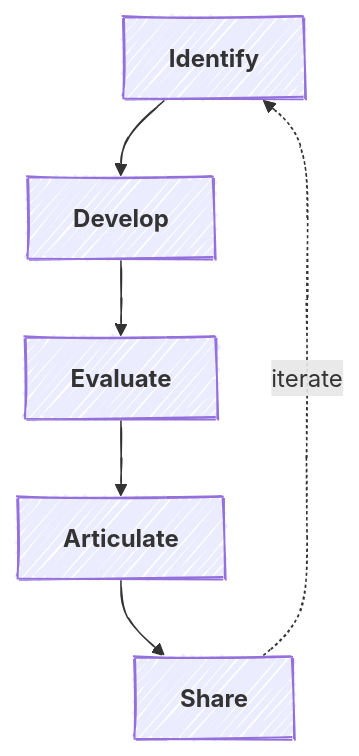
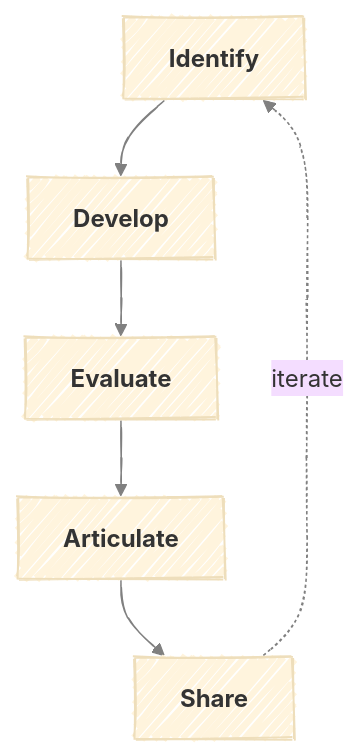
Before and after one commit to athrael-soju/framework-generator: the diagram in README.md, drawn with Mermaid.

Commit message:
Enhance README.md flowchart appearance: add hand-drawn look and theme customization

````diff
--- a/README.md
+++ b/README.md
@@ -4,13 +4,16 @@
 ```mermaid
 ---
 config:
   layout: dagre
   look: handDrawn
+  theme: base
+  themeVariables:
+    lineColor: gray
 ---
 flowchart TB
     I["<b>Identify</b>"] --> D["<b>Develop</b>"]
     D --> E["<b>Evaluate</b>"]
     E --> A["<b>Articulate</b>"]
     A --> S["<b>Share</b>"]
     S -.-> |iterate| I
 ```
````
